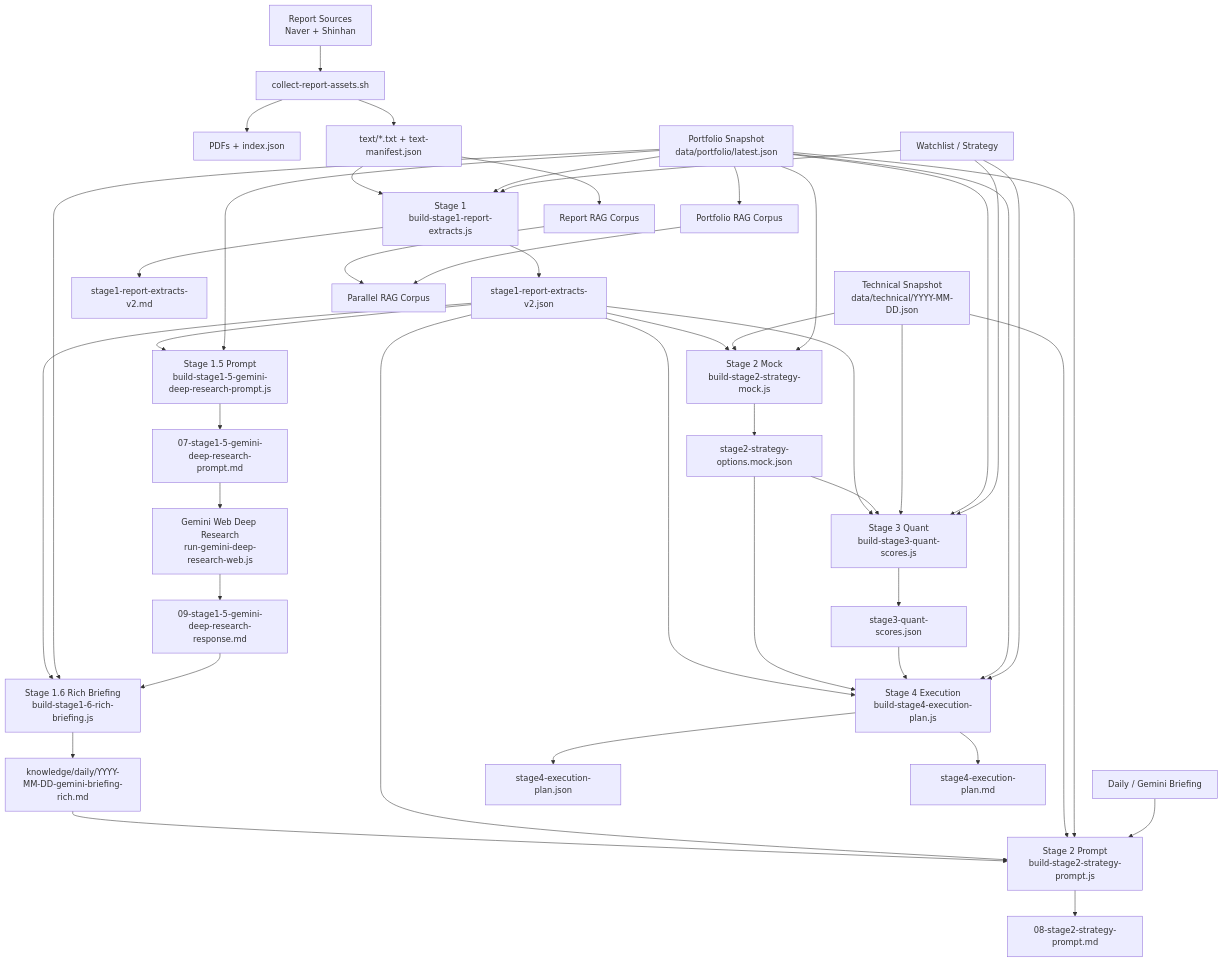
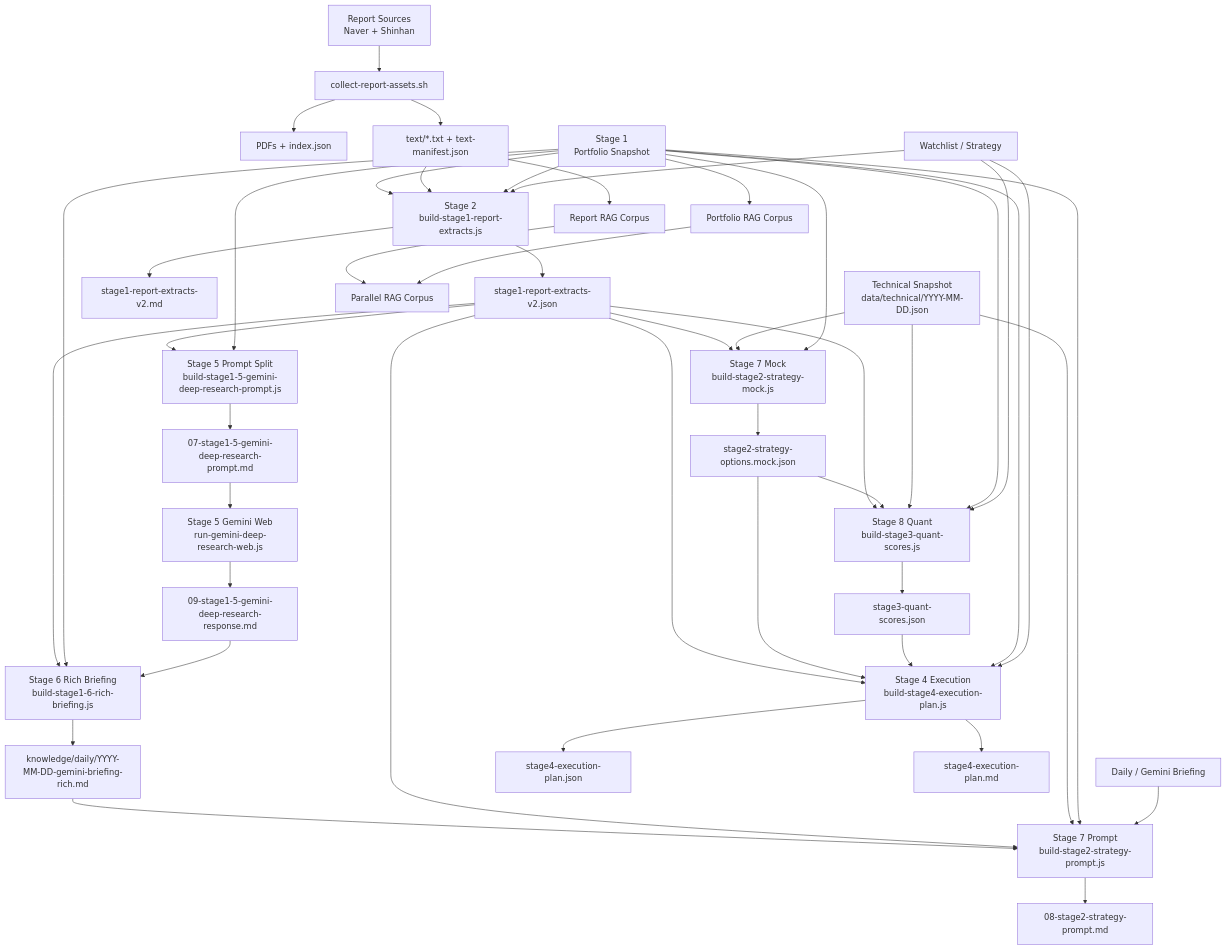
The second of 2 diagrams in README.md (sgdrudejr/EcoReport), drawn with Mermaid before and after one commit. The commit also changed other lines of this file and 5 other files, not shown here.

````diff
--- a/README.md
+++ b/README.md
@@ -111,53 +111,54 @@
 ```mermaid
 flowchart TD
     A["Report Sources<br/>Naver + Shinhan"] --> B["collect-report-assets.sh"]
     B --> B1["PDFs + index.json"]
     B --> B2["text/*.txt + text-manifest.json"]
 
-    B2 --> C["Stage 1<br/>build-stage1-report-extracts.js"]
-    P["Portfolio Snapshot<br/>data/portfolio/latest.json"] --> C
+    P["Stage 1<br/>Portfolio Snapshot"] --> C
+    B2 --> C["Stage 2<br/>build-stage1-report-extracts.js"]
+    P --> C
     W["Watchlist / Strategy"] --> C
     C --> C1["stage1-report-extracts-v2.json"]
     C --> C2["stage1-report-extracts-v2.md"]
 
-    C1 --> M["Stage 1.5 Prompt<br/>build-stage1-5-gemini-deep-research-prompt.js"]
+    C1 --> M["Stage 5 Prompt Split<br/>build-stage1-5-gemini-deep-research-prompt.js"]
     P --> M
     M --> M1["07-stage1-5-gemini-deep-research-prompt.md"]
-    M1 --> N["Gemini Web Deep Research<br/>run-gemini-deep-research-web.js"]
+    M1 --> N["Stage 5 Gemini Web<br/>run-gemini-deep-research-web.js"]
     N --> N1["09-stage1-5-gemini-deep-research-response.md"]
-    C1 --> O["Stage 1.6 Rich Briefing<br/>build-stage1-6-rich-briefing.js"]
+    C1 --> O["Stage 6 Rich Briefing<br/>build-stage1-6-rich-briefing.js"]
     P --> O
     N1 --> O
     O --> O1["knowledge/daily/YYYY-MM-DD-gemini-briefing-rich.md"]
 
-    O1 --> D["Stage 2 Prompt<br/>build-stage2-strategy-prompt.js"]
+    O1 --> D["Stage 7 Prompt<br/>build-stage2-strategy-prompt.js"]
     C1 --> D
-    C1 --> E["Stage 2 Mock<br/>build-stage2-strategy-mock.js"]
+    C1 --> E["Stage 7 Mock<br/>build-stage2-strategy-mock.js"]
     T["Technical Snapshot<br/>data/technical/YYYY-MM-DD.json"] --> D
     T --> E
     P --> D
     P --> E
     G["Daily / Gemini Briefing"] --> D
     E --> E1["stage2-strategy-options.mock.json"]
     D --> D1["08-stage2-strategy-prompt.md"]
 
-    C1 --> F["Stage 3 Quant<br/>build-stage3-quant-scores.js"]
+    C1 --> F["Stage 8 Quant<br/>build-stage3-quant-scores.js"]
     E1 --> F
     T --> F
     P --> F
     W --> F
     F --> F1["stage3-quant-scores.json"]
 
     C1 --> H["Stage 4 Execution<br/>build-stage4-execution-plan.js"]
     E1 --> H
     F1 --> H
     P --> H
     W --> H
     H --> H1["stage4-execution-plan.json"]
     H --> H2["stage4-execution-plan.md"]
 
     B2 --> R["Report RAG Corpus"]
     P --> PR["Portfolio RAG Corpus"]
     R --> XR["Parallel RAG Corpus"]
     PR --> XR
 ```
````
